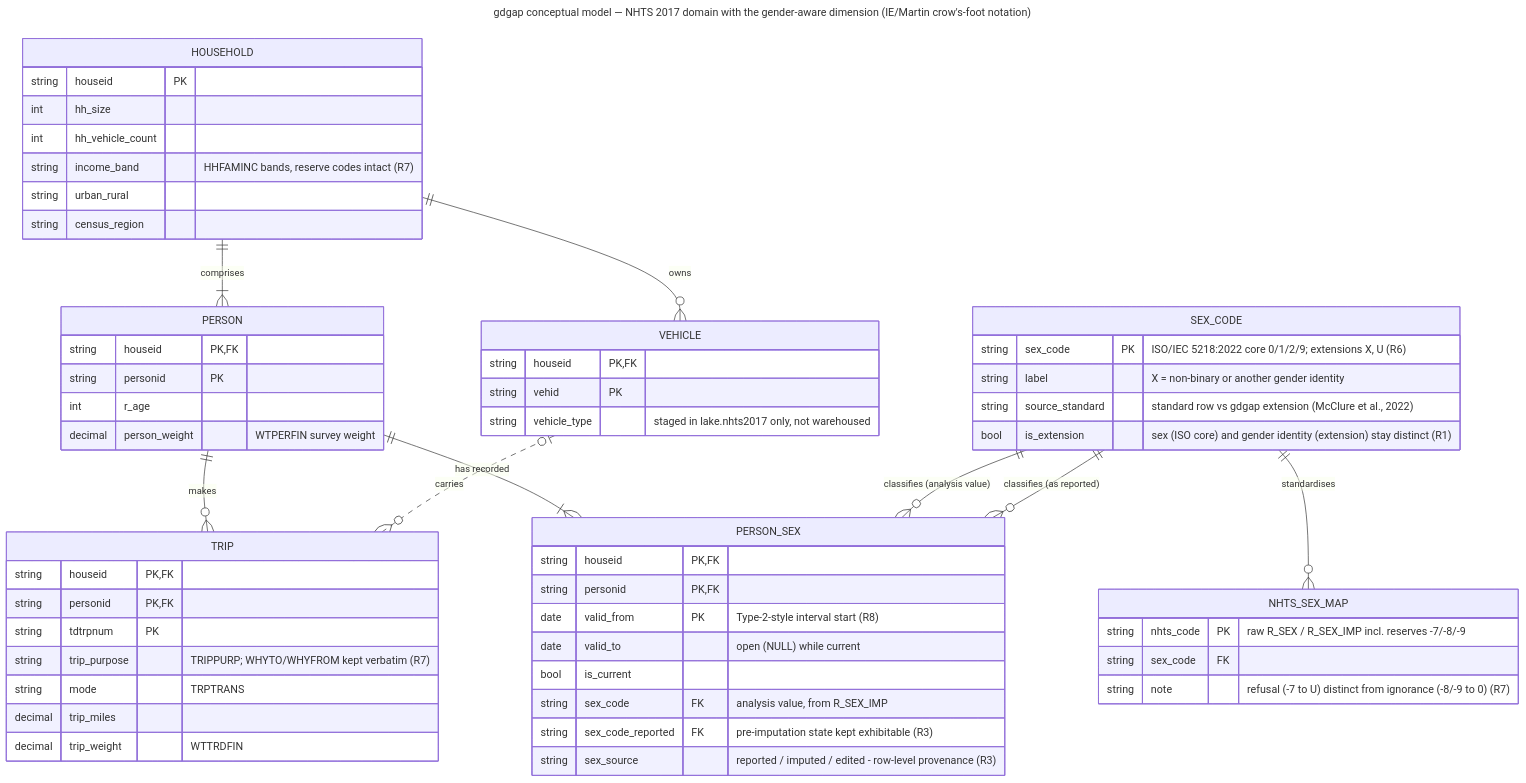
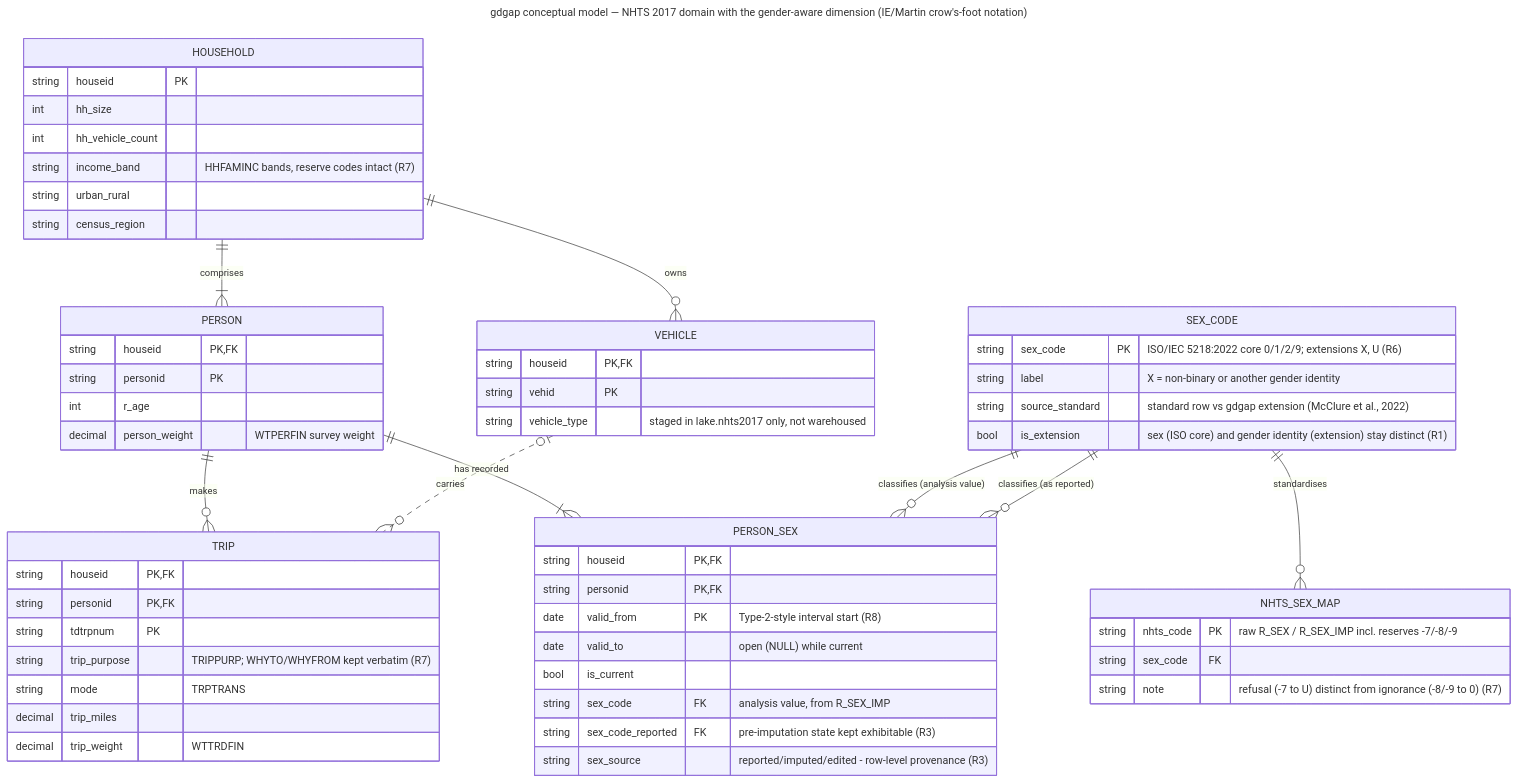
Before and after one commit to jurdabos/gdgap: the diagram in docs/model/conceptual.mmd, drawn with Mermaid. The commit also changed 2 other files, not shown here.

```diff
--- a/docs/model/conceptual.mmd
+++ b/docs/model/conceptual.mmd
@@ -1,80 +1,82 @@
 ---
 title: "gdgap conceptual model — NHTS 2017 domain with the gender-aware dimension (IE/Martin crow's-foot notation)"
 ---
 %% The W2 artifact (thesis 3.3, objective E): conceptual/logical model of the reference design.
 %% Notation: Information Engineering (James Martin) crow's foot, as rendered by Mermaid erDiagram.
 %% Grounding: entity sets per the FHWA codebook (Chen reading in thesis 3.2); aware-variant
 %% constructs per sql/ddl/aware/01..05; the blind baseline (sql/ddl/blind/) is this diagram
 %% minus SEX_CODE, NHTS_SEX_MAP and PERSON_SEX — that omission is the measured contrast (R11).
 %% Traceability: R1/R6 code list; R7 reserve-code mapping; R3 provenance; R8 Type-2-style validity;
 %% R2 disaggregation via the PERSON join path, never via a copied sex column on TRIP.
 %% DDL mapping: HOUSEHOLD=lake.nhts2017.hhpub, PERSON=perpub/aware.fact_person,
 %% VEHICLE=vehpub (staged only, not warehoused), TRIP=trippub/aware.fact_trip,
 %% SEX_CODE=aware.dim_sex_code, NHTS_SEX_MAP=aware.map_nhts_sex, PERSON_SEX=aware.dim_person_sex.
+%% Render pin: @mermaid-js/mermaid-cli (mmdc) 11.12.0 —
+%% mmdc -i docs/model/conceptual.mmd -o docs/model/conceptual.png -b white -s 4
 erDiagram
     HOUSEHOLD ||--|{ PERSON : comprises
     HOUSEHOLD ||--o{ VEHICLE : owns
     PERSON ||--o{ TRIP : makes
     VEHICLE |o..o{ TRIP : carries
     PERSON ||--|{ PERSON_SEX : "has recorded"
     SEX_CODE ||--o{ PERSON_SEX : "classifies (analysis value)"
     SEX_CODE ||--o{ PERSON_SEX : "classifies (as reported)"
     SEX_CODE ||--o{ NHTS_SEX_MAP : standardises
 
     HOUSEHOLD {
         string houseid PK
         int hh_size
         int hh_vehicle_count
         string income_band "HHFAMINC bands, reserve codes intact (R7)"
         string urban_rural
         string census_region
     }
 
     PERSON {
         string houseid PK, FK
         string personid PK
         int r_age
         decimal person_weight "WTPERFIN survey weight"
     }
     %% Deliberately carrying no sex attribute on PERSON or TRIP: disaggregation
     %% arrives through the PERSON_SEX dimension join (R2), not a copied column.
 
     VEHICLE {
         string houseid PK, FK
         string vehid PK
         string vehicle_type "staged in lake.nhts2017 only, not warehoused"
     }
 
     TRIP {
         string houseid PK, FK
         string personid PK, FK
         string tdtrpnum PK
         string trip_purpose "TRIPPURP; WHYTO/WHYFROM kept verbatim (R7)"
         string mode "TRPTRANS"
         decimal trip_miles
         decimal trip_weight "WTTRDFIN"
     }
 
     SEX_CODE {
         string sex_code PK "ISO/IEC 5218:2022 core 0/1/2/9; extensions X, U (R6)"
         string label "X = non-binary or another gender identity"
         string source_standard "standard row vs gdgap extension (McClure et al., 2022)"
         bool is_extension "sex (ISO core) and gender identity (extension) stay distinct (R1)"
     }
 
     NHTS_SEX_MAP {
         string nhts_code PK "raw R_SEX / R_SEX_IMP incl. reserves -7/-8/-9"
         string sex_code FK
         string note "refusal (-7 to U) distinct from ignorance (-8/-9 to 0) (R7)"
     }
 
     PERSON_SEX {
         string houseid PK, FK
         string personid PK, FK
         date valid_from PK "Type-2-style interval start (R8)"
         date valid_to "open (NULL) while current"
         bool is_current
         string sex_code FK "analysis value, from R_SEX_IMP"
         string sex_code_reported FK "pre-imputation state kept exhibitable (R3)"
-        string sex_source "reported / imputed / edited - row-level provenance (R3)"
+        string sex_source "reported/imputed/edited - row-level provenance (R3)"
     }
```
